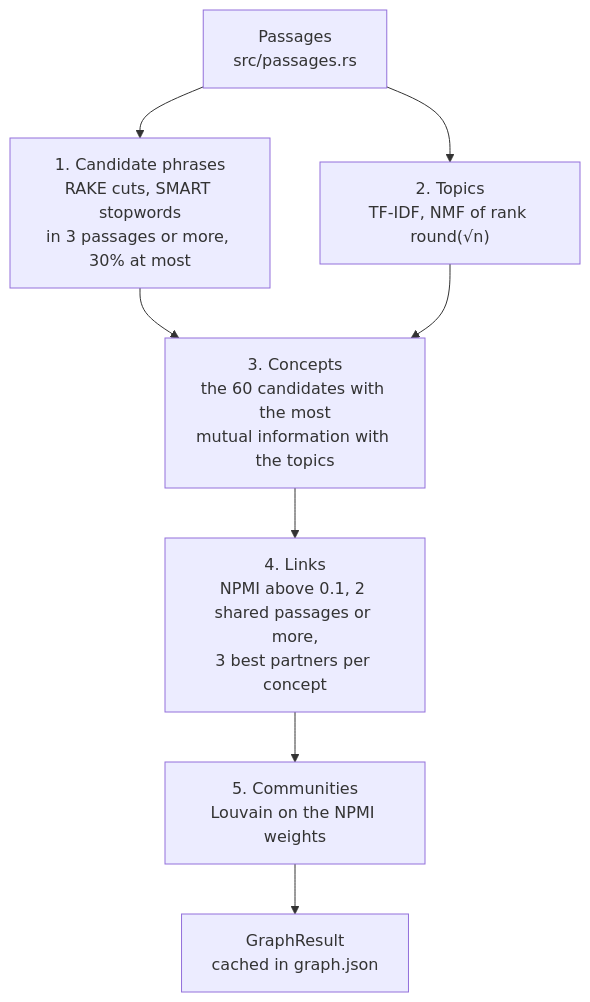
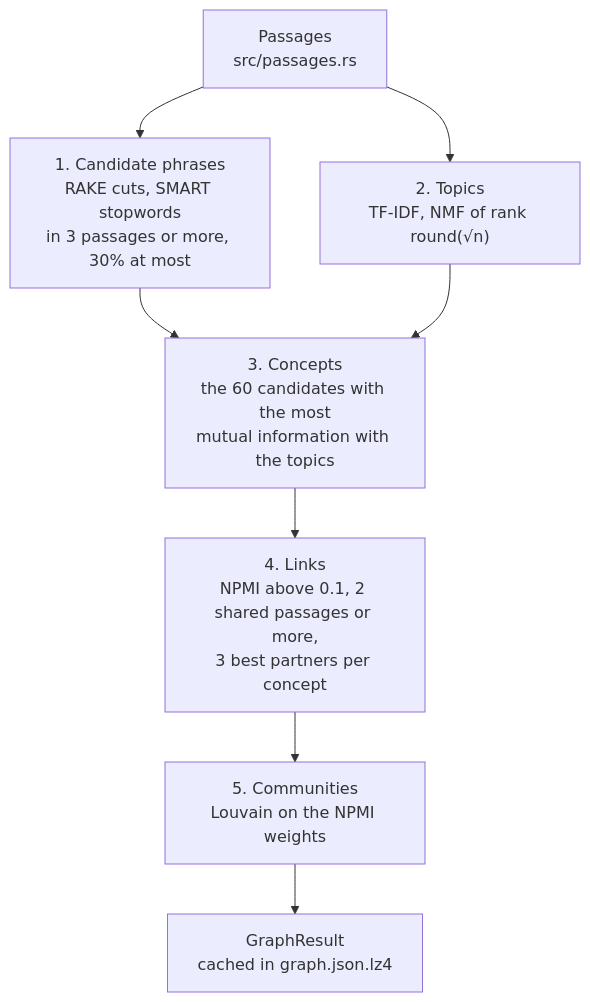
The diagram in docs/concept-graph.md (AhmedKishki/ebook-hero), drawn with Mermaid before and after one commit. The commit also changed other lines of this file and 12 other files, not shown here.

````diff
--- a/docs/concept-graph.md
+++ b/docs/concept-graph.md
@@ -19,10 +19,10 @@
 ```mermaid
 flowchart TD
     P["Passages<br/>src/passages.rs"] --> C["1. Candidate phrases<br/>RAKE cuts, SMART stopwords<br/>in 3 passages or more, 30% at most"]
     P --> T["2. Topics<br/>TF-IDF, NMF of rank round(√n)"]
     C --> S["3. Concepts<br/>the 60 candidates with the most<br/>mutual information with the topics"]
     T --> S
     S --> L["4. Links<br/>NPMI above 0.1, 2 shared passages or more,<br/>3 best partners per concept"]
     L --> M["5. Communities<br/>Louvain on the NPMI weights"]
-    M --> G["GraphResult<br/>cached in graph.json"]
+    M --> G["GraphResult<br/>cached in graph.json.lz4"]
 ```
````
